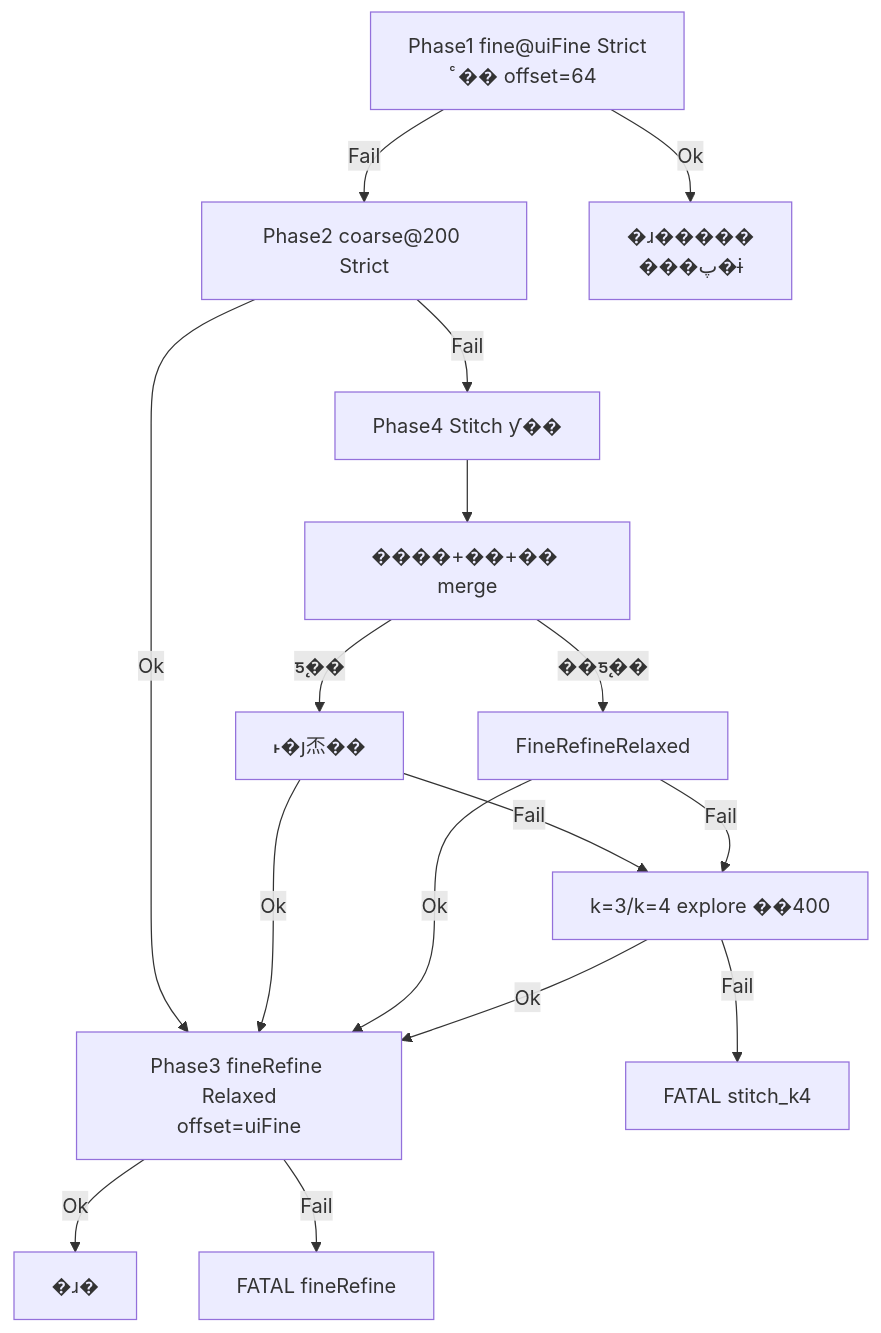
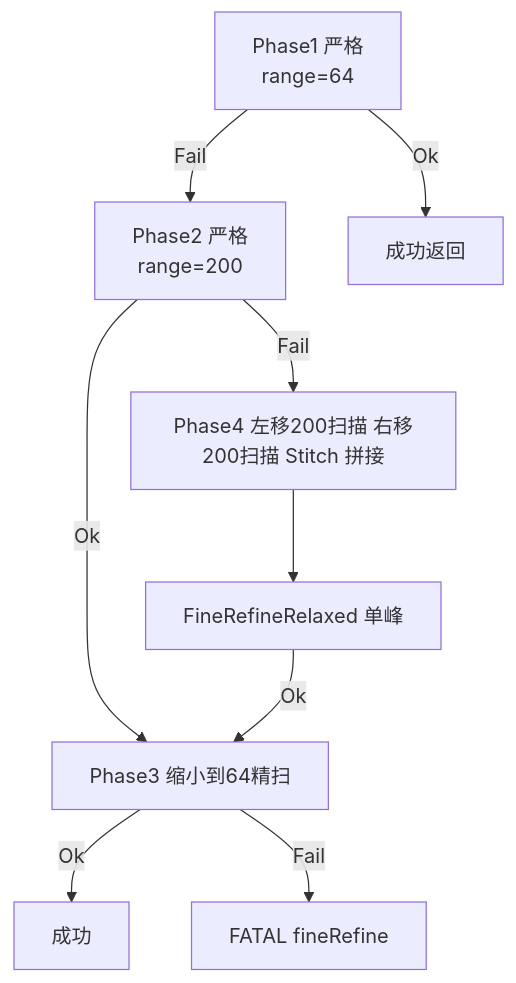
One commit to JacobLiou/Molex.OSBU.Module.M576Tool changed the diagram in doc/算法总览.md. Above: the diagram before and after it, drawn with Mermaid. The commit also changed other lines of this file and 34 other files, not shown here.

````diff
--- a/doc/算法总览.md
+++ b/doc/算法总览.md
@@ -44,22 +44,16 @@
 ```mermaid
 flowchart TD
-  P1["Phase1 fine@uiFine Strict\nͨ�� offset=64"]
-  P2["Phase2 coarse@200 Strict"]
-  P3["Phase3 fineRefine Relaxed\noffset=uiFine"]
-  ST["Phase4 Stitch ƴ��"]
-  P1 -->|Ok| OK64["�ɹ�����\n���پ�ɨ"]
+  P1["Phase1 严格\n range=64"]
+  P2["Phase2 严格\n range=200"]
+  P3["Phase3 缩小到64精扫"]
+  ST["Phase4 左移200扫描 右移200扫描 Stitch 拼接"]
+  P1 -->|Ok| OK64["成功返回"]
   P1 -->|Fail| P2
   P2 -->|Ok| P3
   P2 -->|Fail| ST
-  P3 -->|Ok| OK["�ɹ�"]
+  P3 -->|Ok| OK["成功"]
   P3 -->|Fail| FATAL["FATAL fineRefine"]
-  ST --> MERGE["����+��+�� merge"]
-  MERGE -->|ƽ̨��| DK["˫�յ㶨��"]
-  MERGE -->|��ƽ̨��| RL["FineRefineRelaxed"]
-  DK -->|Ok| P3
+  ST --> RL["FineRefineRelaxed 单峰"]
   RL -->|Ok| P3
-  DK -->|Fail| EXP["k=3/k=4 explore ��400"]
-  RL -->|Fail| EXP
-  EXP -->|Ok| P3
-  EXP -->|Fail| FATAL2["FATAL stitch_k4"]
+
 ```
````
